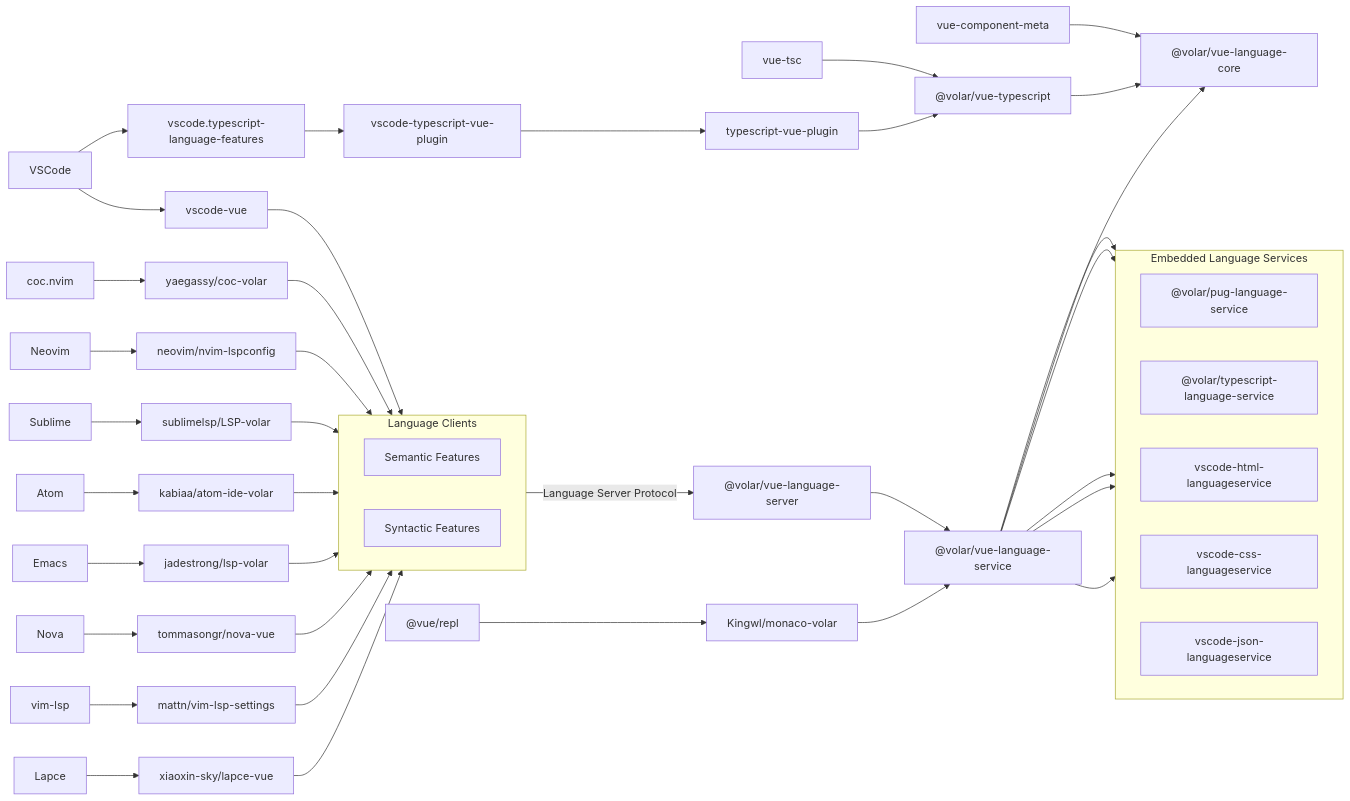
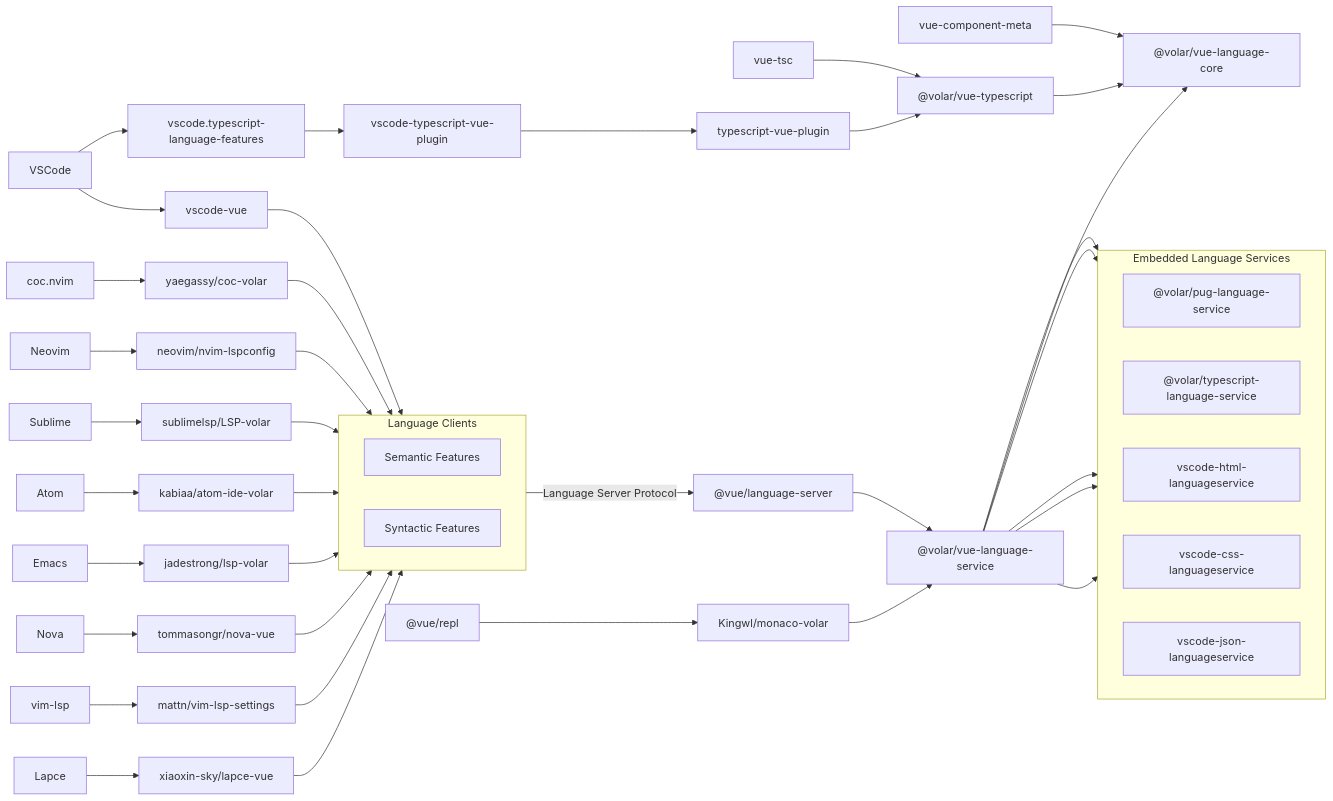
Before and after one commit to vuejs/language-tools: the diagram in README.md, drawn with Mermaid. The commit also changed 14 other files, not shown here.

Commit message:
chore: `@volar/vue-language-server` -> `@vue/language-server`

```diff
--- a/README.md
+++ b/README.md
@@ -115,7 +115,7 @@
 	click VSC_TSVP "https://github.com/vuejs/language-tools/tree/master/packages/vscode-typescript-vue-plugin"
 
 	%% Volar - Packages
-	VOLAR_VUE_SERVER["@volar/vue-language-server"]
+	VOLAR_VUE_SERVER["@vue/language-server"]
 	VOLAR_VUE_TS["@volar/vue-typescript"]
 	VOLAR_VUE_CORE["@volar/vue-language-core"]
 	VOLAR_VUE_SERVICE["@volar/vue-language-service"]
```
